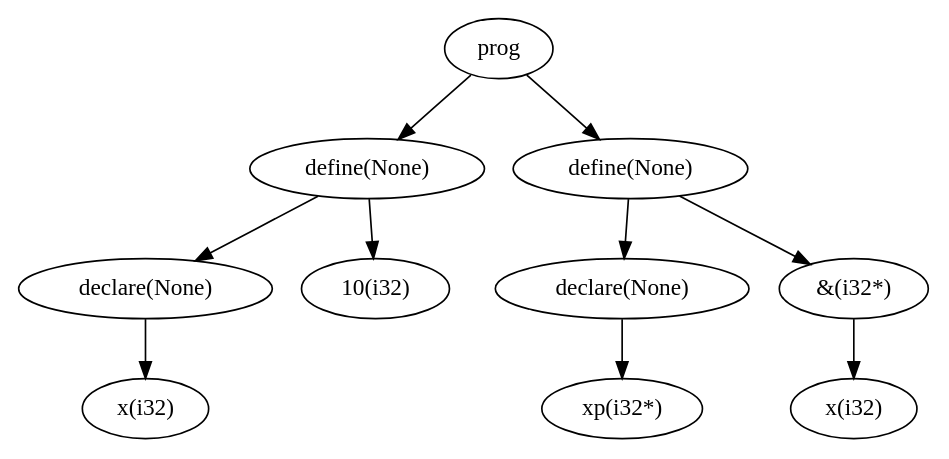
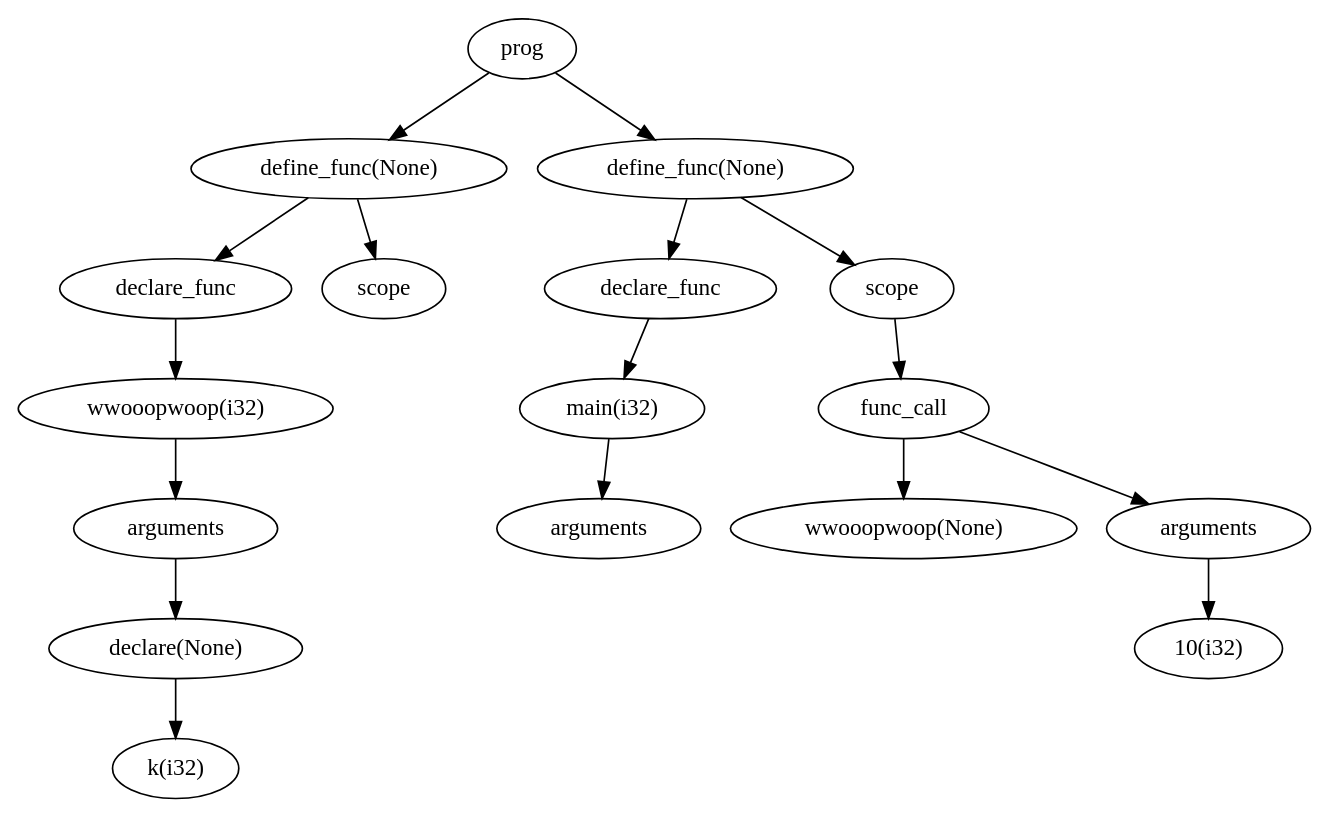
The diagram in AST.dot (sampieters/compiler), drawn with Graphviz before and after one commit. The commit also changed 1 other file, not shown here.

```diff
--- a/AST.dot
+++ b/AST.dot
@@ -1,21 +1,35 @@
 digraph AST {
 	node0[label="prog"]
-	node1[label="define(None)"]
+	node1[label="define_func(None)"]
 	node0->node1
-	node2[label="declare(None)"]
+	node2[label="declare_func"]
 	node1->node2
-	node3[label="x(i32)"]
+	node3[label="wwooopwoop(i32)"]
 	node2->node3
-	node4[label="10(i32)"]
-	node1->node4
-	node5[label="define(None)"]
-	node0->node5
-	node6[label="declare(None)"]
+	node4[label="arguments"]
+	node3->node4
+	node5[label="declare(None)"]
+	node4->node5
+	node6[label="k(i32)"]
 	node5->node6
-	node7[label="xp(i32*)"]
-	node6->node7
-	node8[label="&(i32*)"]
-	node5->node8
-	node9[label="x(i32)"]
+	node7[label="scope"]
+	node1->node7
+	node8[label="define_func(None)"]
+	node0->node8
+	node9[label="declare_func"]
 	node8->node9
+	node10[label="main(i32)"]
+	node9->node10
+	node11[label="arguments"]
+	node10->node11
+	node12[label="scope"]
+	node8->node12
+	node13[label="func_call"]
+	node12->node13
+	node14[label="wwooopwoop(None)"]
+	node13->node14
+	node15[label="arguments"]
+	node13->node15
+	node16[label="10(i32)"]
+	node15->node16
 }
```
